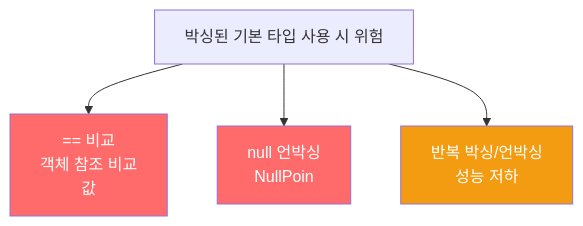
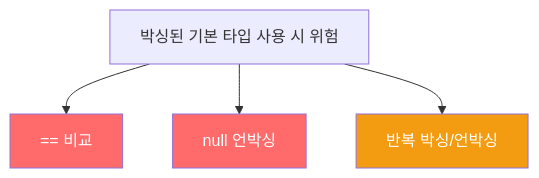
The diagram in _posts/java/2022-02-13-effective-java61.md (yjkim2015/yjkim2015.github.io), drawn with Mermaid before and after one commit. The commit also changed 217 other files, not shown here.

First line of the commit message:
Mermaid 크기 수정: useMaxWidth:true + SVG max-width:100% + 라벨 축소

````diff
--- a/_posts/java/2022-02-13-effective-java61.md
+++ b/_posts/java/2022-02-13-effective-java61.md
@@ -93,9 +93,9 @@
 ```mermaid
 graph TD
-    A["박싱된 기본 타입 사용 시 위험"] --> B["== 비교\n객체 참조 비교\n값"]
-    A --> C["null 언박싱\nNullPoin"]
-    A --> D["반복 박싱/언박싱\n성능 저하\n"]
+    A["박싱된 기본 타입 사용 시 위험"] --> B["== 비교"]
+    A --> C["null 언박싱"]
+    A --> D["반복 박싱/언박싱"]
     style B fill:#ff6b6b,color:#fff
     style C fill:#ff6b6b,color:#fff
     style D fill:#f39c12,color:#fff
 ```
````
